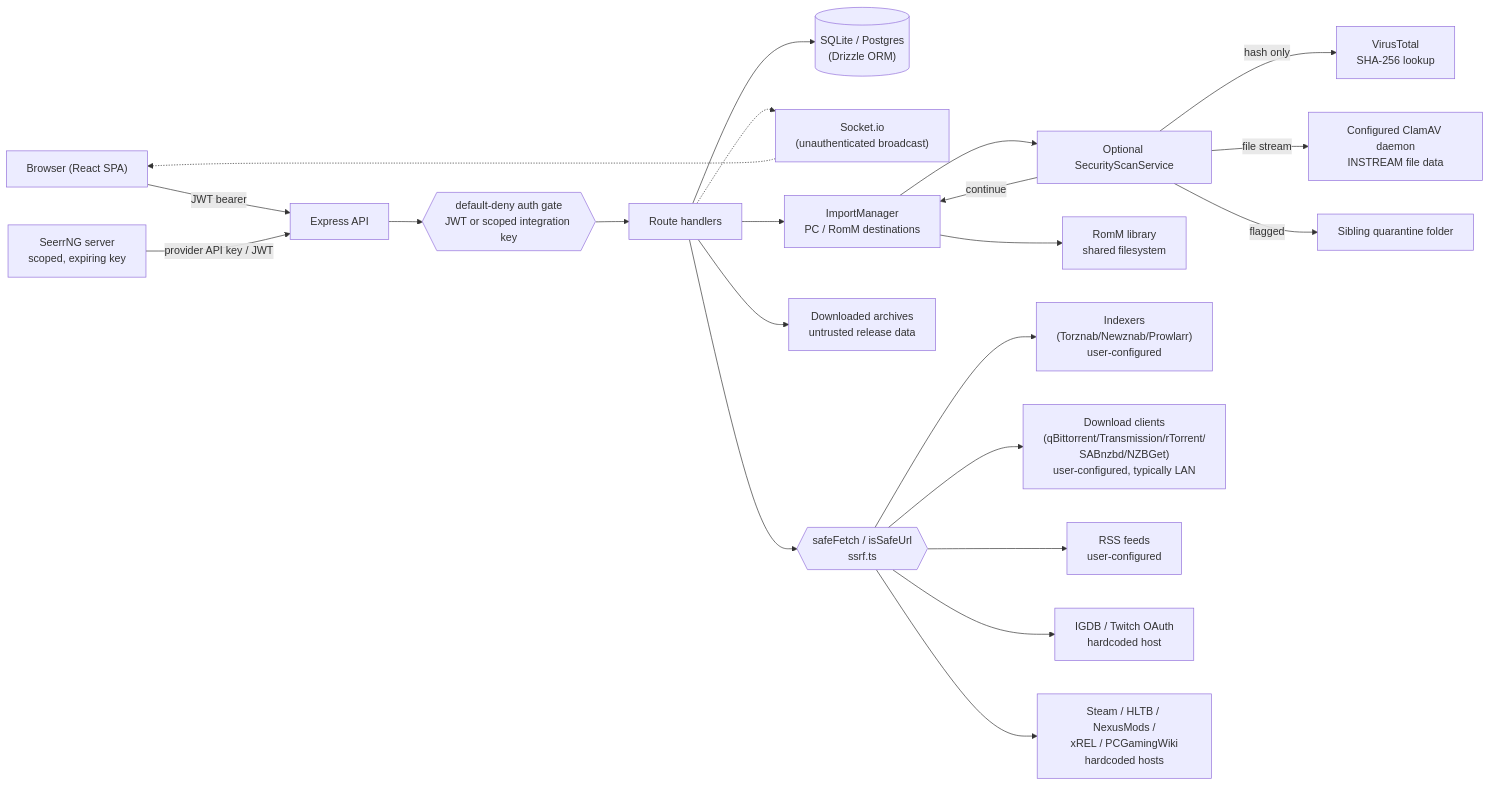
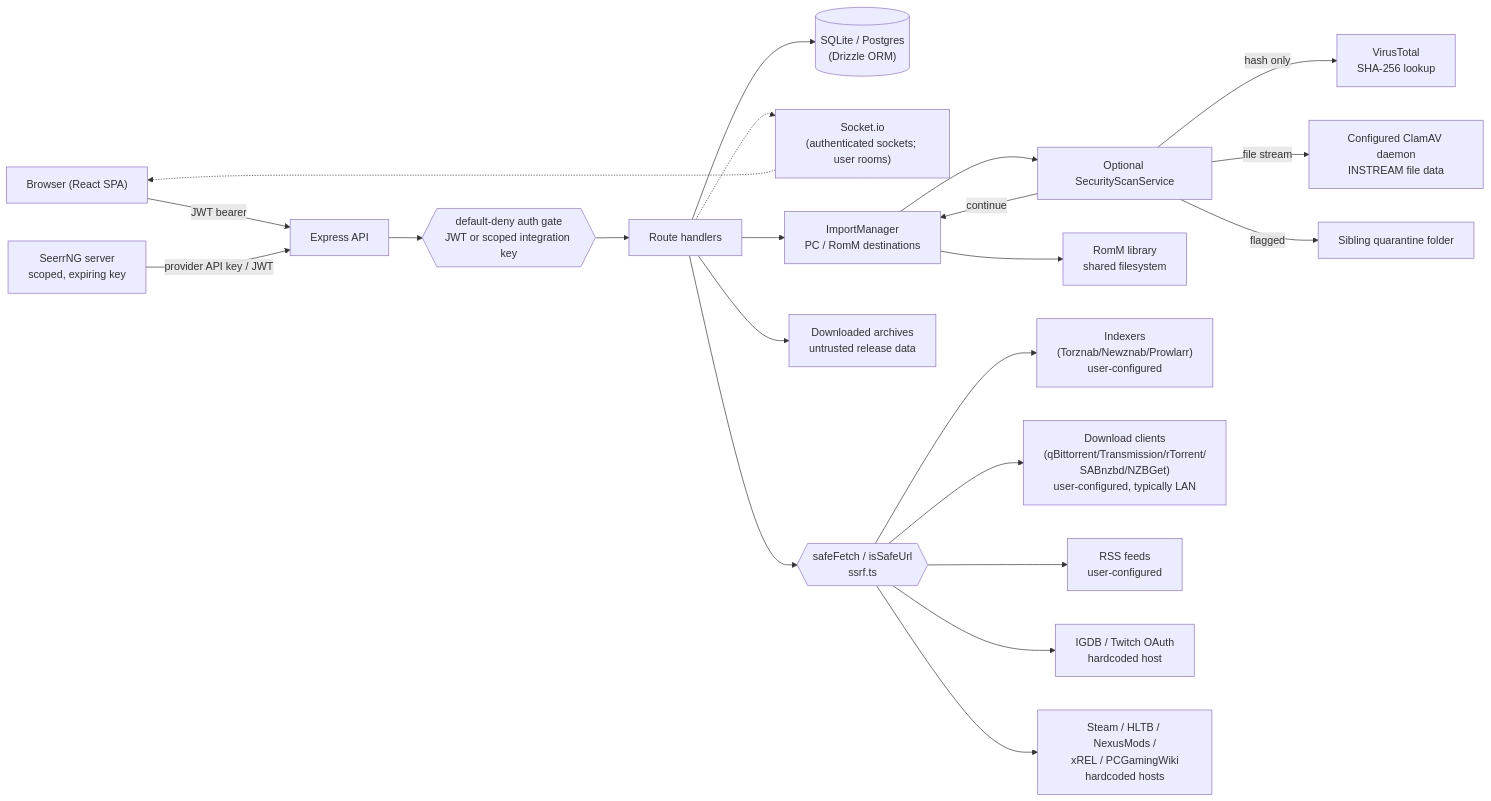
The diagram in docs/THREAT_MODEL.md (snapetech-org/QuestarrNG), drawn with Mermaid before and after one commit. The commit also changed other lines of this file and 41 other files, not shown here.

````diff
--- a/docs/THREAT_MODEL.md
+++ b/docs/THREAT_MODEL.md
@@ -39,39 +39,39 @@
 ```mermaid
 flowchart LR
     Browser["Browser (React SPA)"]
     API["Express API"]
     Gate{{"default-deny auth gate\nJWT or scoped integration key"}}
     Handlers["Route handlers"]
     DB[("SQLite / Postgres\n(Drizzle ORM)")]
-    Socket["Socket.io\n(unauthenticated broadcast)"]
+    Socket["Socket.io\n(authenticated sockets; user rooms)"]
     SSRF{{"safeFetch / isSafeUrl\nssrf.ts"}}
     Seerr["SeerrNG server\nscoped, expiring key"]
     Archives["Downloaded archives\nuntrusted release data"]
     Import["ImportManager\nPC / RomM destinations"]
     Scans["Optional SecurityScanService"]
     VT["VirusTotal\nSHA-256 lookup"]
     ClamAV["Configured ClamAV daemon\nINSTREAM file data"]
     Quarantine["Sibling quarantine folder"]
     RomM["RomM library\nshared filesystem"]
 
     Browser -- "JWT bearer" --> API
     Seerr -- "provider API key / JWT" --> API
     API --> Gate --> Handlers
     Handlers --> DB
     Handlers -.-> Socket
     Socket -.-> Browser
     Handlers --> SSRF
     SSRF --> Indexers["Indexers\n(Torznab/Newznab/Prowlarr)\nuser-configured"]
     SSRF --> Downloaders["Download clients\n(qBittorrent/Transmission/rTorrent/\nSABnzbd/NZBGet)\nuser-configured, typically LAN"]
     SSRF --> RSS["RSS feeds\nuser-configured"]
     SSRF --> IGDB["IGDB / Twitch OAuth\nhardcoded host"]
     SSRF --> Steam["Steam / HLTB / NexusMods /\nxREL / PCGamingWiki\nhardcoded hosts"]
     Handlers --> Archives
     Handlers --> Import
     Import --> Scans
     Scans -- "hash only" --> VT
     Scans -- "file stream" --> ClamAV
     Scans -- "flagged" --> Quarantine
     Scans -- "continue" --> Import
     Import --> RomM
 ```
````
